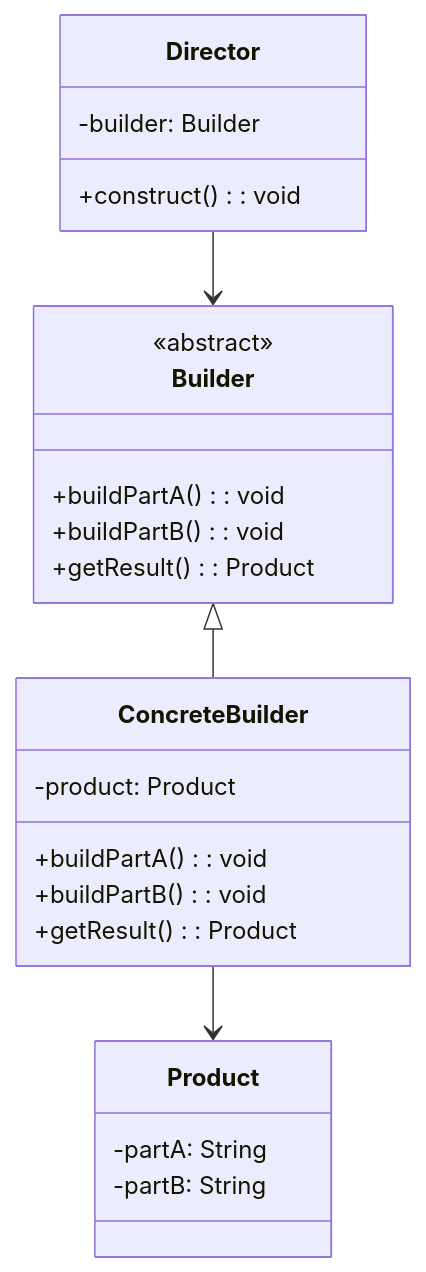
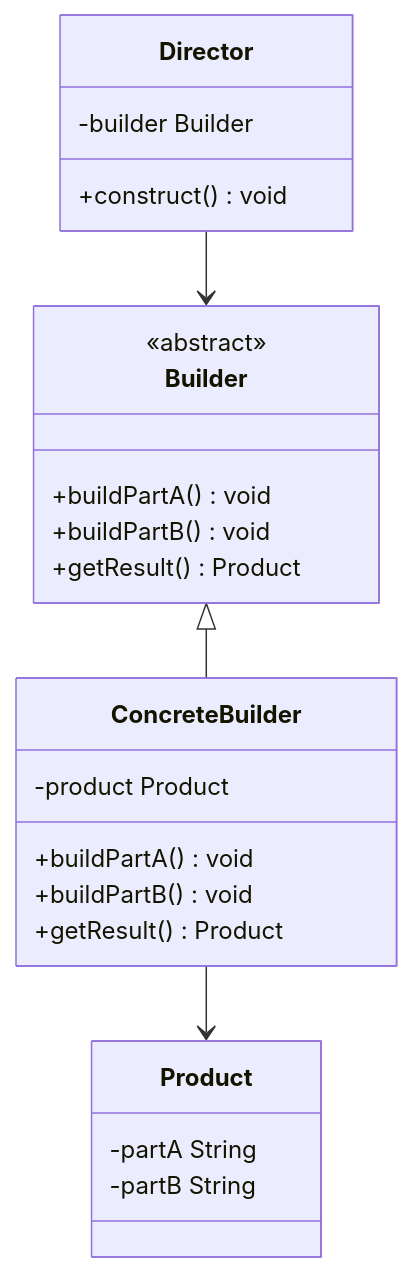
One commit to chihhung/Blog changed the sixth of 29 diagrams in content/posts/教學/分析與設計/Design Pattern教學.md. Above: the diagram before and after it, drawn with Mermaid. The commit also changed other lines of this file and 5 other files, not shown here.

````diff
--- a/content/posts/教學/分析與設計/Design Pattern教學.md
+++ b/content/posts/教學/分析與設計/Design Pattern教學.md
@@ -600,30 +600,30 @@
 ```mermaid
 classDiagram
     class Director {
-        -builder: Builder
-        +construct(): void
+        -builder Builder
+        +construct() void
     }
     
     class Builder {
         <<abstract>>
-        +buildPartA(): void
-        +buildPartB(): void
-        +getResult(): Product
+        +buildPartA() void
+        +buildPartB() void
+        +getResult() Product
     }
     
     class ConcreteBuilder {
-        -product: Product
-        +buildPartA(): void
-        +buildPartB(): void
-        +getResult(): Product
+        -product Product
+        +buildPartA() void
+        +buildPartB() void
+        +getResult() Product
     }
     
     class Product {
-        -partA: String
-        -partB: String
+        -partA String
+        -partB String
     }
     
     Director --> Builder
     Builder <|-- ConcreteBuilder
     ConcreteBuilder --> Product
 ```
````
